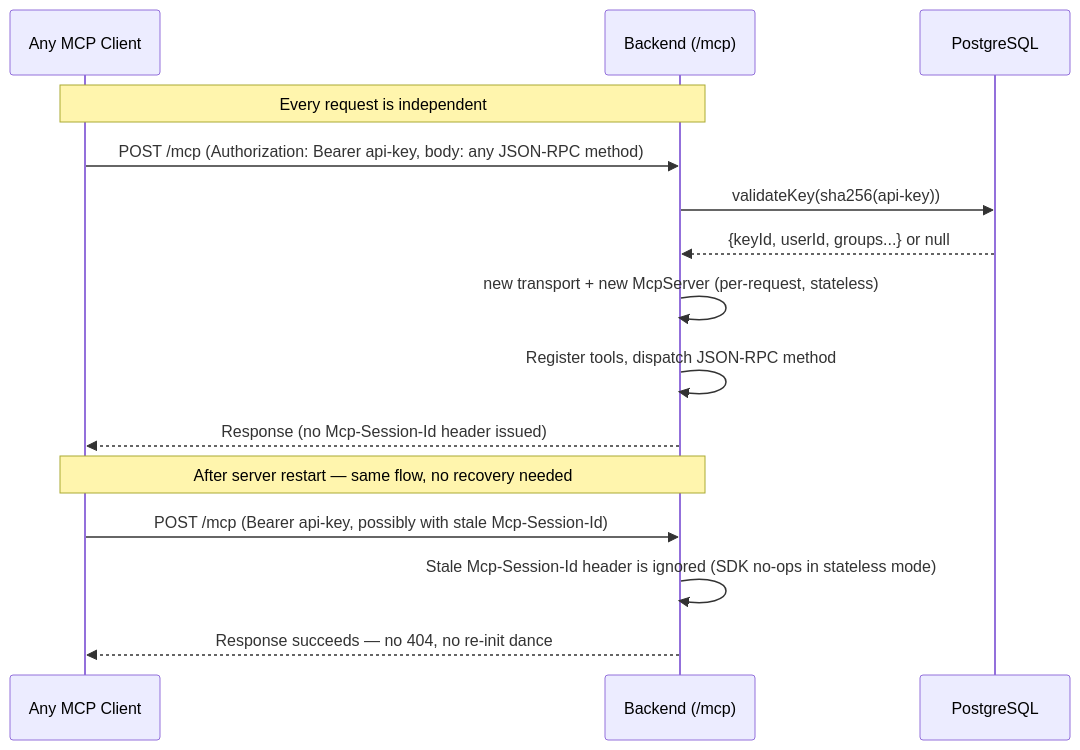
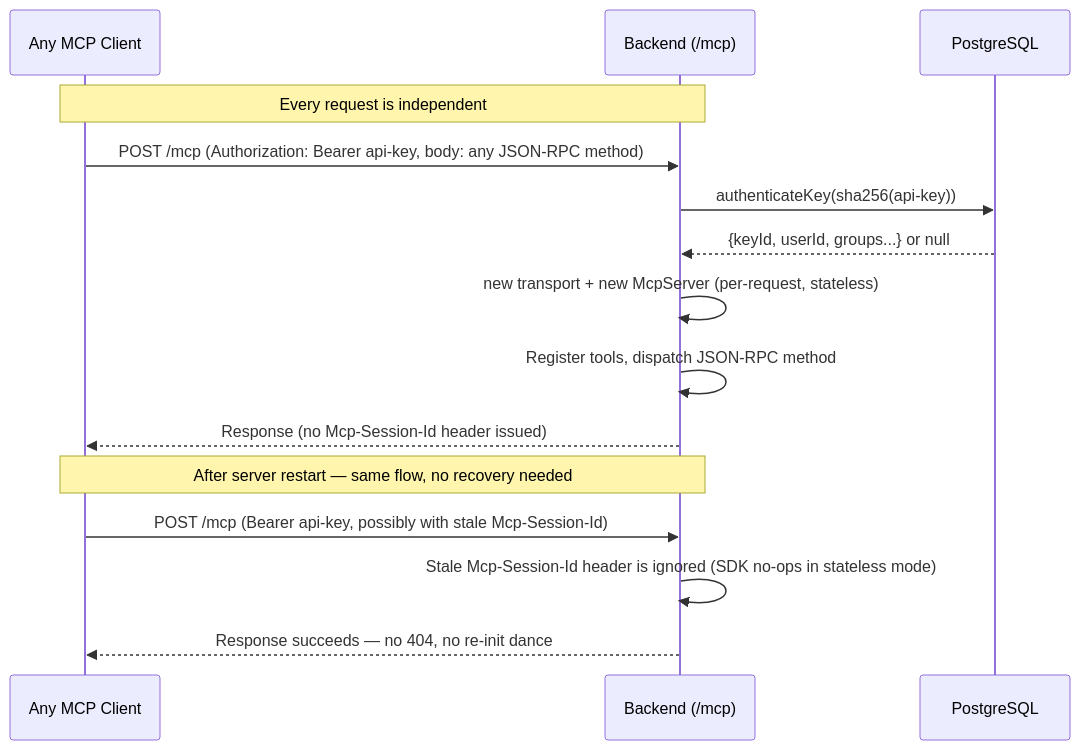
The second of 14 diagrams in docs/architecture/data-flow.md (AndyForest/SoupNet), drawn with Mermaid before and after one commit. The commit also changed other lines of this file and 7 other files, not shown here.

````diff
--- a/docs/architecture/data-flow.md
+++ b/docs/architecture/data-flow.md
@@ -58,19 +58,19 @@
 ```mermaid
 sequenceDiagram
     participant C as Any MCP Client
     participant S as Backend (/mcp)
     participant DB as PostgreSQL
 
     Note over C,S: Every request is independent
     C->>S: POST /mcp (Authorization: Bearer api-key, body: any JSON-RPC method)
-    S->>DB: validateKey(sha256(api-key))
+    S->>DB: authenticateKey(sha256(api-key))
     DB-->>S: {keyId, userId, groups...} or null
     S->>S: new transport + new McpServer (per-request, stateless)
     S->>S: Register tools, dispatch JSON-RPC method
     S-->>C: Response (no Mcp-Session-Id header issued)
 
     Note over C,S: After server restart — same flow, no recovery needed
     C->>S: POST /mcp (Bearer api-key, possibly with stale Mcp-Session-Id)
     S->>S: Stale Mcp-Session-Id header is ignored (SDK no-ops in stateless mode)
     S-->>C: Response succeeds — no 404, no re-init dance
 ```
````
